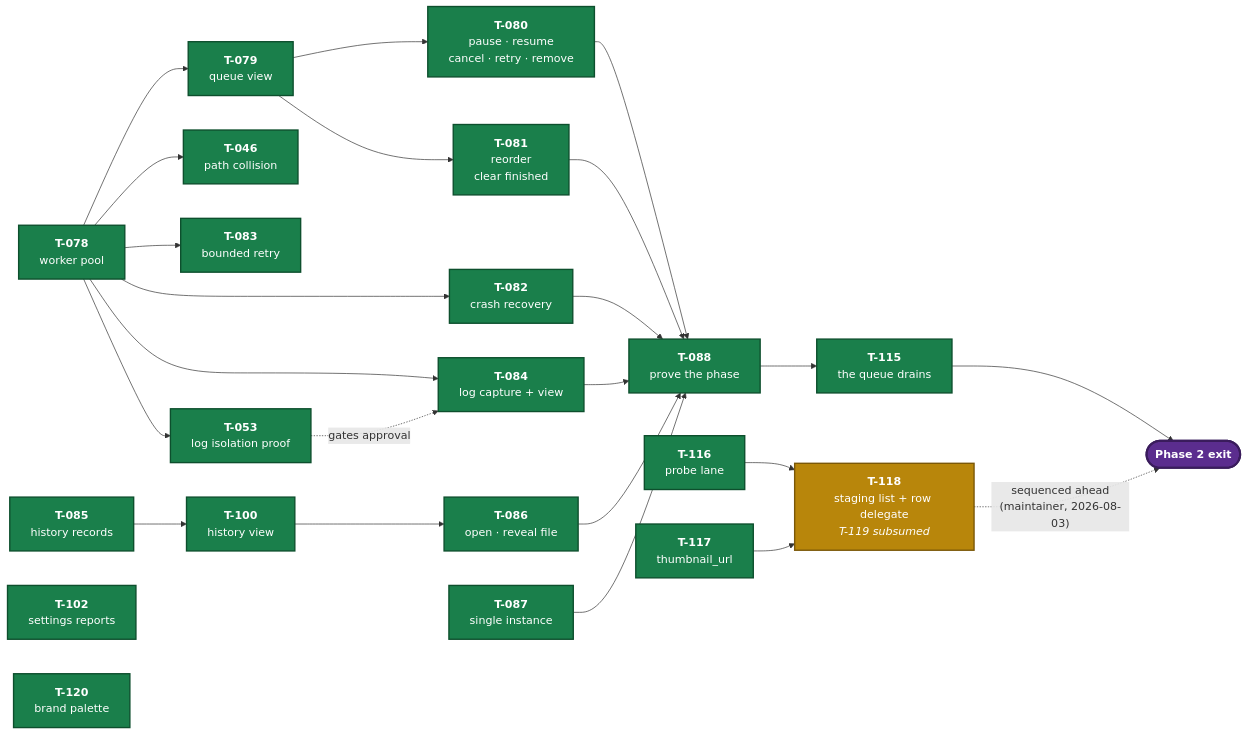
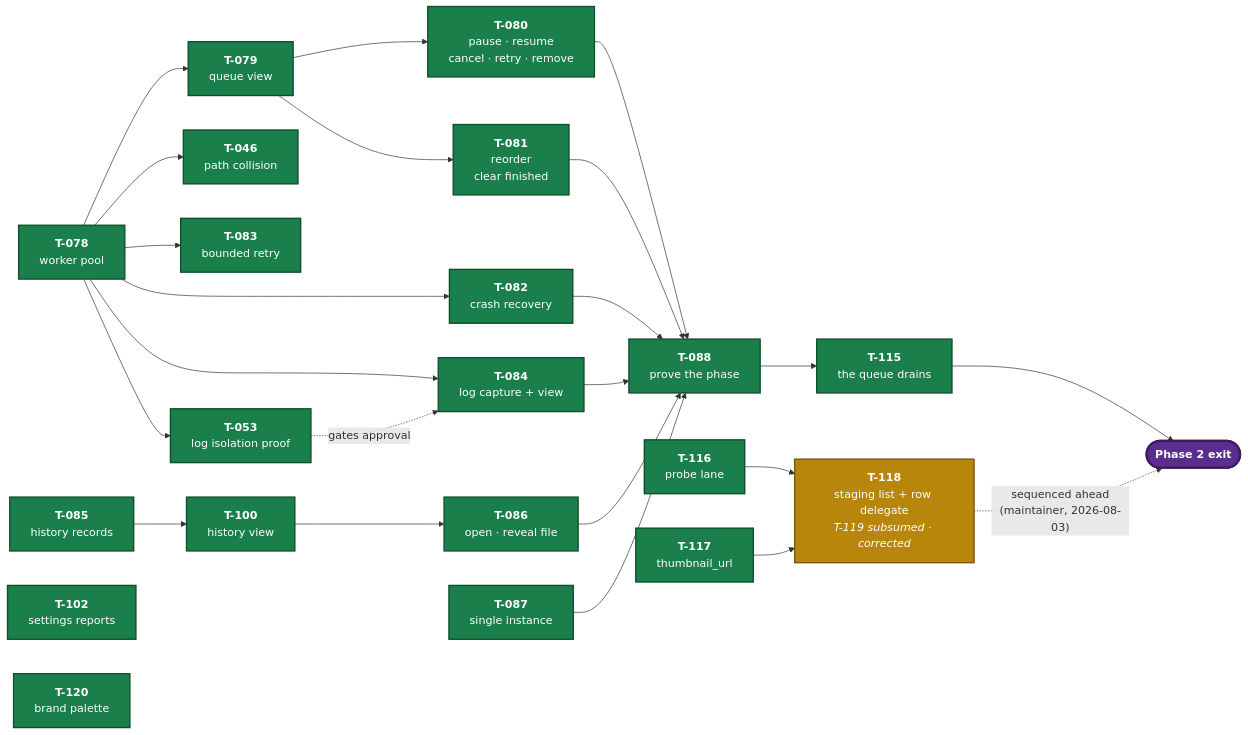
The diagram in ai/IMPLEMENTATION_PLAN.md (kottmans/tracks-and-trails), drawn with Mermaid before and after one commit. The commit also changed other lines of this file and 11 other files, not shown here.

````diff
--- a/ai/IMPLEMENTATION_PLAN.md
+++ b/ai/IMPLEMENTATION_PLAN.md
@@ -207,57 +214,57 @@
 ```mermaid
 flowchart LR
     classDef approved fill:#1a7f4b,stroke:#0d4f2d,stroke-width:2px,color:#fff
     classDef review   fill:#b8860b,stroke:#7a5808,stroke-width:2px,color:#fff
     classDef ready    fill:#1f5fa8,stroke:#123a68,stroke-width:2px,color:#fff
     classDef proposed fill:#4a4a4a,stroke:#2a2a2a,stroke-width:2px,color:#fff
     classDef exit     fill:#5b2d8e,stroke:#3a1c5c,stroke-width:3px,color:#fff
 
     T078["<b>T-078</b><br/>worker pool"]:::approved
     T079["<b>T-079</b><br/>queue view"]:::approved
     T085["<b>T-085</b><br/>history records"]:::approved
     T080["<b>T-080</b><br/>pause · resume<br/>cancel · retry · remove"]:::approved
     T081["<b>T-081</b><br/>reorder<br/>clear finished"]:::approved
     T046["<b>T-046</b><br/>path collision"]:::approved
     T083["<b>T-083</b><br/>bounded retry"]:::approved
     T053["<b>T-053</b><br/>log isolation proof"]:::approved
     T082["<b>T-082</b><br/>crash recovery"]:::approved
     T084["<b>T-084</b><br/>log capture + view"]:::approved
     T100["<b>T-100</b><br/>history view"]:::approved
     T102["<b>T-102</b><br/>settings reports"]:::approved
     T087["<b>T-087</b><br/>single instance"]:::approved
     T086["<b>T-086</b><br/>open · reveal file"]:::approved
     T088["<b>T-088</b><br/>prove the phase"]:::approved
     T115["<b>T-115</b><br/>the queue drains"]:::approved
 
     T116["<b>T-116</b><br/>probe lane"]:::approved
     T117["<b>T-117</b><br/>thumbnail_url"]:::approved
     T120["<b>T-120</b><br/>brand palette"]:::approved
-    T118["<b>T-118</b><br/>staging list + row delegate<br/><i>T-119 subsumed</i>"]:::review
+    T118["<b>T-118</b><br/>staging list + row delegate<br/><i>T-119 subsumed · corrected</i>"]:::review
 
     EXIT(["<b>Phase 2 exit</b>"]):::exit
 
     T078 --> T079
     T078 --> T046
     T078 --> T083
     T078 --> T082
     T078 --> T084
     T078 --> T053
     T079 --> T080
     T079 --> T081
     T085 --> T100
     T100 --> T086
     T053 -. gates approval .-> T084
 
     T080 --> T088
     T081 --> T088
     T082 --> T088
     T084 --> T088
     T086 --> T088
     T087 --> T088
     T088 --> T115
     T115 --> EXIT
 
     T116 --> T118
     T117 --> T118
     T118 -. "sequenced ahead<br/>(maintainer, 2026-08-03)" .-> EXIT
 ```
````
